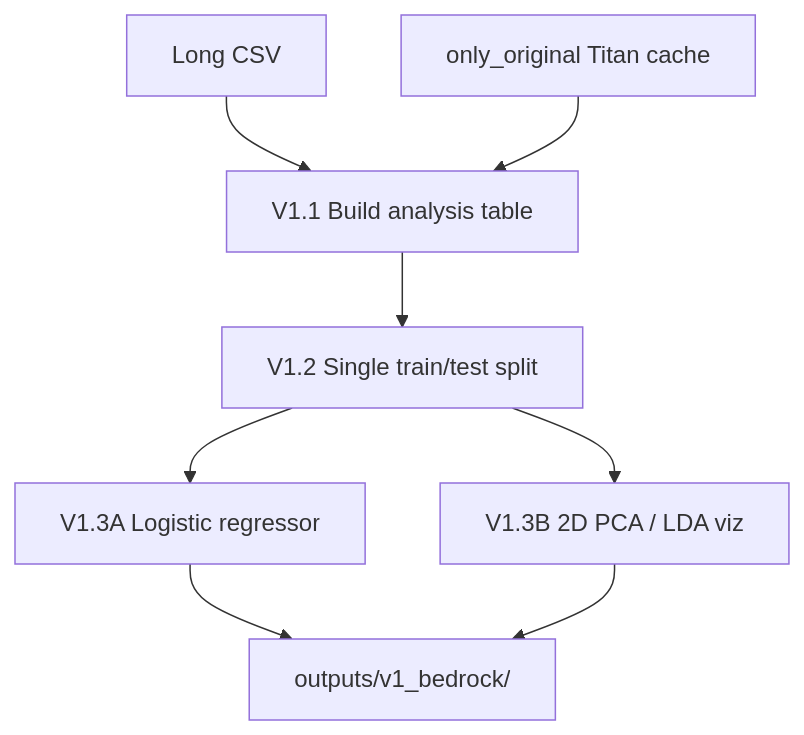
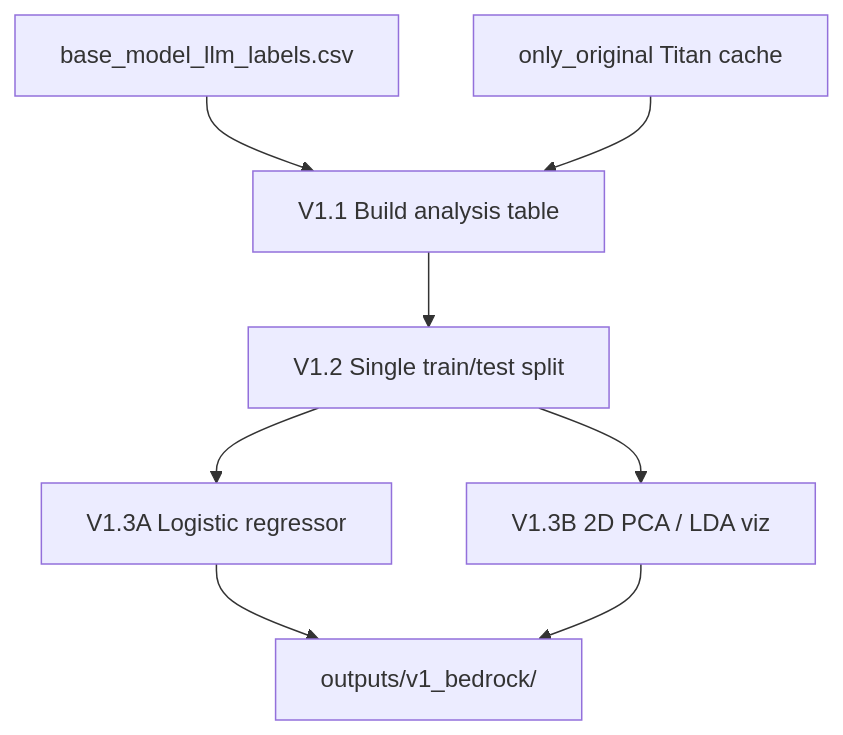
The diagram in experiments/model_errors_analysis_2026_07_15/spec.md (METResearchGroup/mirrorView-task), drawn with Mermaid before and after one commit. The commit also changed other lines of this file and 8 other files, not shown here.

First line of the commit message:
Rename Qwen-only labels CSV and strip multi-model/inclusion cruft from the model-errors analysis.

````diff
--- a/experiments/model_errors_analysis_2026_07_15/spec.md
+++ b/experiments/model_errors_analysis_2026_07_15/spec.md
@@ -396,10 +268,10 @@
 ```mermaid
 flowchart TD
-  L[Long CSV] --> T[V1.1 Build analysis table]
+  L[base_model_llm_labels.csv] --> T[V1.1 Build analysis table]
   E[only_original Titan cache] --> T
   T --> S[V1.2 Single train/test split]
   S --> A[V1.3A Logistic regressor]
   S --> B[V1.3B 2D PCA / LDA viz]
   A --> O[outputs/v1_bedrock/]
   B --> O
 ```
````
